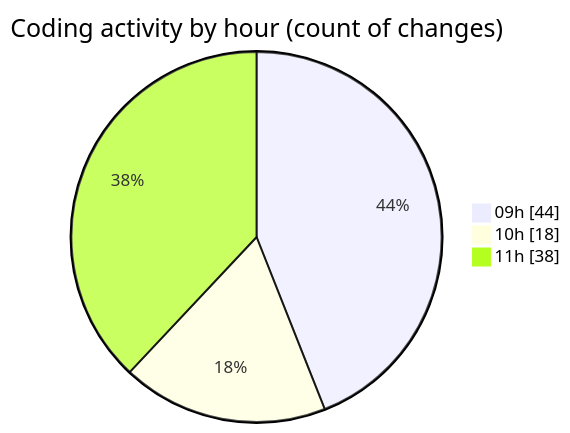
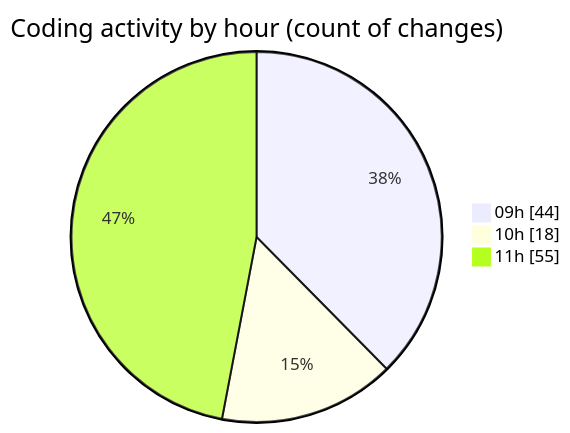
The second of 2 diagrams in 2026-08-07/cda/README.md (momahboobian/code-tracking), drawn with Mermaid before and after one commit. The commit also changed other lines of this file and 1 other file, not shown here.

````diff
--- a/2026-08-07/cda/README.md
+++ b/2026-08-07/cda/README.md
@@ -44,7 +44,7 @@
 ```mermaid
 pie showData
 title Coding activity by hour (count of changes)
 "09h" : 44
 "10h" : 18
-"11h" : 38
+"11h" : 55
 ```
````
